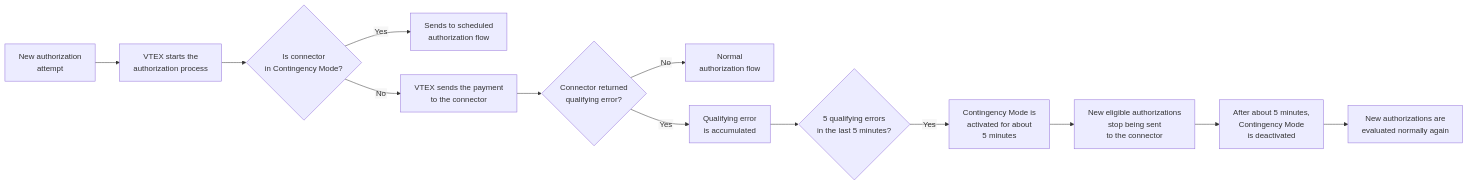
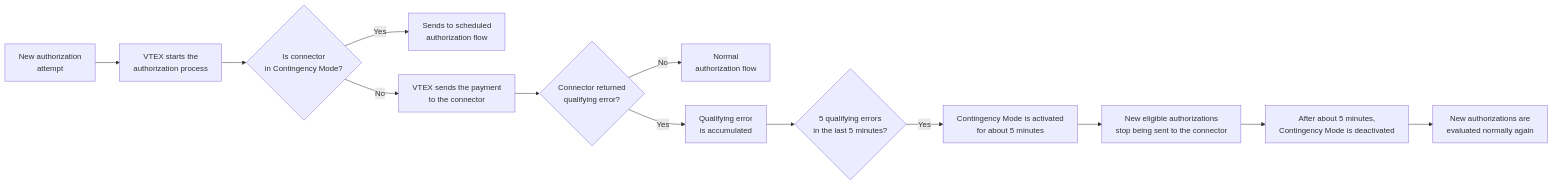
Before and after one commit to vtexdocs/help-center-content: the first of 2 diagrams in docs/en/tutorials/payments/transactions/mode-off-faq.md, drawn with Mermaid. The commit also changed other lines of this file and 2 other files, not shown here.

Commit message:
update: edu-18553 fix mermaid node text clipping in contingency mode faq
Cap every flowchart node at two lines and raise wrappingWidth so labels don't wrap into a third line, which the Help Center renderer clips at the bottom of the box.

````diff
--- a/docs/en/tutorials/payments/transactions/mode-off-faq.md
+++ b/docs/en/tutorials/payments/transactions/mode-off-faq.md
@@ -74,16 +74,16 @@
 ```mermaid
-%%{init: {'flowchart': {'htmlLabels': false, 'useMaxWidth': false, 'wrappingWidth': 220, 'padding': 14}}}%%
+%%{init: {'flowchart': {'htmlLabels': true, 'useMaxWidth': false, 'wrappingWidth': 500, 'padding': 14}}}%%
 flowchart LR
     A["New authorization<br/>attempt"] --> B["VTEX starts the<br/>authorization process"]
     B --> C{"Is connector<br/>in Contingency Mode?"}
     C -- "Yes" --> D["Sends to scheduled<br/>authorization flow"]
     C -- "No" --> E["VTEX sends the payment<br/>to the connector"]
     E --> F{"Connector returned<br/>qualifying error?"}
     F -- "No" --> G["Normal<br/>authorization flow"]
     F -- "Yes" --> H["Qualifying error<br/>is accumulated"]
     H --> I{"5 qualifying errors<br/>in the last 5 minutes?"}
-    I -- "Yes" --> J["Contingency Mode is<br/>activated for about<br/>5 minutes"]
-    J --> K["New eligible authorizations<br/>stop being sent<br/>to the connector"]
-    K --> L["After about 5 minutes,<br/>Contingency Mode<br/>is deactivated"]
+    I -- "Yes" --> J["Contingency Mode is activated<br/>for about 5 minutes"]
+    J --> K["New eligible authorizations<br/>stop being sent to the connector"]
+    K --> L["After about 5 minutes,<br/>Contingency Mode is deactivated"]
     L --> M["New authorizations are<br/>evaluated normally again"]
 ```
````
